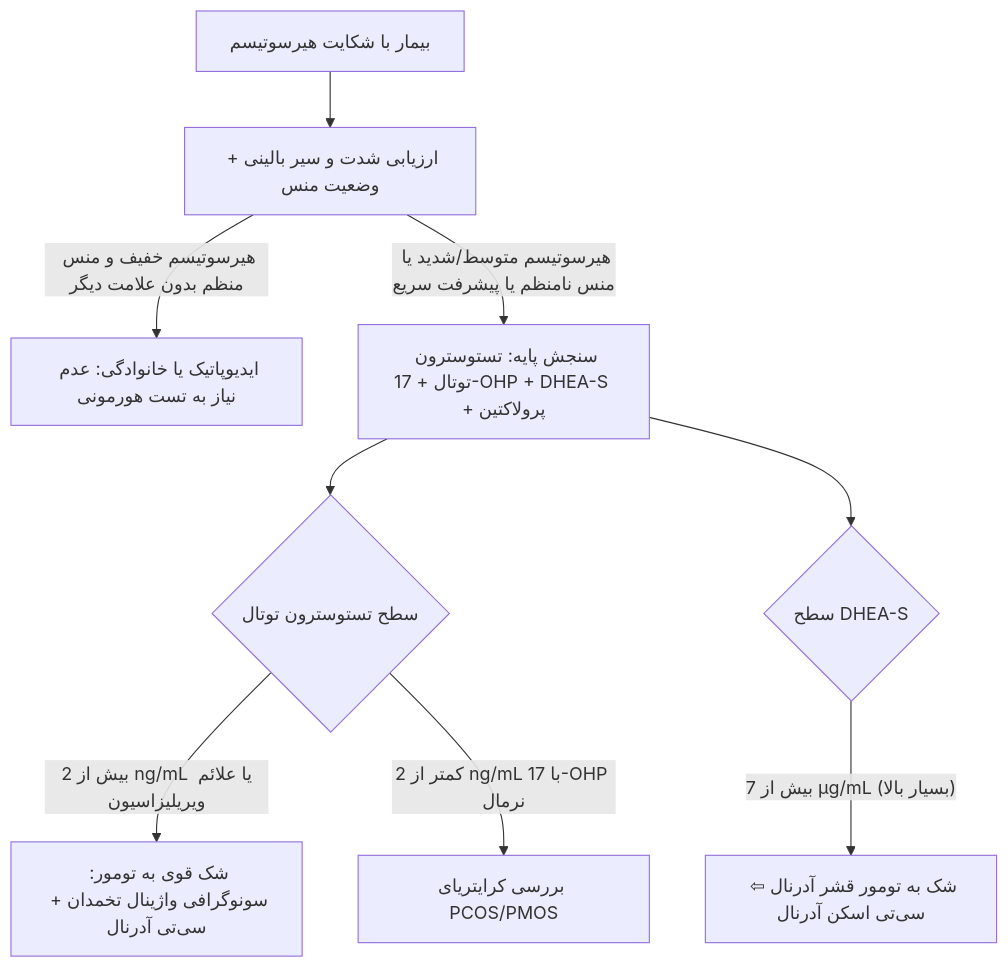
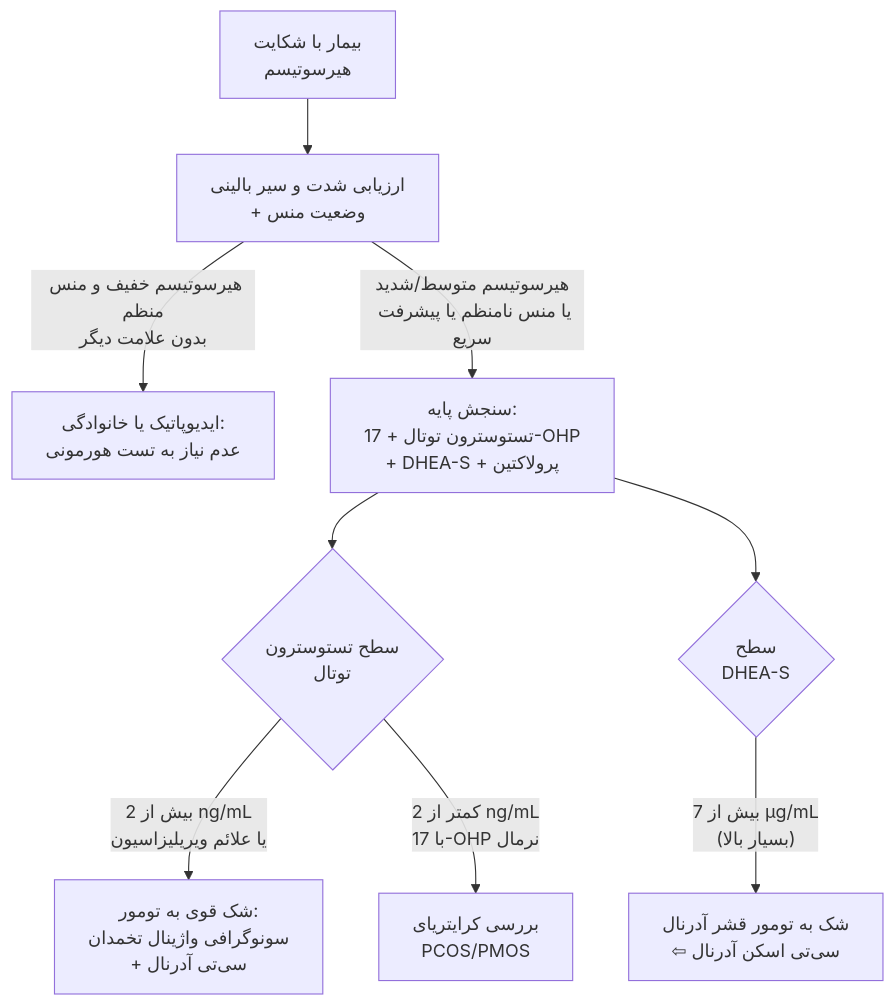
Before and after one commit to neopulse-hub/TUMS-1402-1-neo: the sixth of 10 diagrams in 07/مبانی غدد/آمنوره و هیرسوتیسم.md, drawn with Mermaid. The commit also changed other lines of this file, not shown here.

Commit message:
Update آمنوره و هیرسوتیسم.md

````diff
--- a/07/مبانی غدد/آمنوره و هیرسوتیسم.md
+++ b/07/مبانی غدد/آمنوره و هیرسوتیسم.md
@@ -160,14 +168,16 @@
 ```mermaid
 flowchart TD
+DetectHir["بیمار با شکایت<br>هیرسوتیسم"] --> EvalSev["ارزیابی شدت و سیر بالینی<br>+ وضعیت منس"]
 
-DetectHir["بیمار با شکایت هیرسوتیسم"] --> EvalSev["ارزیابی شدت و سیر بالینی + وضعیت منس"]
-EvalSev -->|"هیرسوتیسم خفیف و منس منظم بدون علامت دیگر"| Obs["ایدیوپاتیک یا خانوادگی: عدم نیاز به تست هورمونی"]
-EvalSev -->|"هیرسوتیسم متوسط/شدید یا منس نامنظم یا پیشرفت سریع"| Labs["سنجش پایه: تستوسترون توتال + 17-OHP + DHEA-S + پرولاکتین"]
+EvalSev -->|"هیرسوتیسم خفیف و منس منظم<br>بدون علامت دیگر"| Obs["ایدیوپاتیک یا خانوادگی:<br>عدم نیاز به تست هورمونی"]
 
-Labs --> CheckT{"سطح تستوسترون توتال"}
-CheckT -->|"بیش از 2 ng/mL یا علائم ویریلیزاسیون"| TumorSusp["شک قوی به تومور: سونوگرافی واژینال تخمدان + سی‌تی آدرنال"]
-CheckT -->|"کمتر از 2 ng/mL با 17-OHP نرمال"| WorkupPCOS["بررسی کرایتریای PCOS/PMOS"]
+EvalSev -->|"هیرسوتیسم متوسط/شدید<br>یا منس نامنظم یا پیشرفت سریع"| Labs["سنجش پایه:<br>تستوسترون توتال + 17-OHP<br>+ DHEA-S + پرولاکتین"]
+Labs --> CheckT{"سطح تستوسترون<br>توتال"}
 
-Labs --> CheckD{"سطح DHEA-S"}
-CheckD -->|"بیش از 7 µg/mL (بسیار بالا)"| AdrenalTumor["شک به تومور قشر آدرنال ⇦ سی‌تی اسکن آدرنال"]
+CheckT -->|"بیش از 2 ng/mL<br>یا علائم ویریلیزاسیون"| TumorSusp["شک قوی به تومور:<br>سونوگرافی واژینال تخمدان<br>+ سی‌تی آدرنال"]
+
+CheckT -->|"کمتر از 2 ng/mL<br>با 17-OHP نرمال"| WorkupPCOS["بررسی کرایتریای<br>PCOS/PMOS"]
+Labs --> CheckD{"سطح<br>DHEA-S"}
+
+CheckD -->|"بیش از 7 µg/mL<br>(بسیار بالا)"| AdrenalTumor["شک به تومور قشر آدرنال<br>⇦ سی‌تی اسکن آدرنال"]
 ```
````
